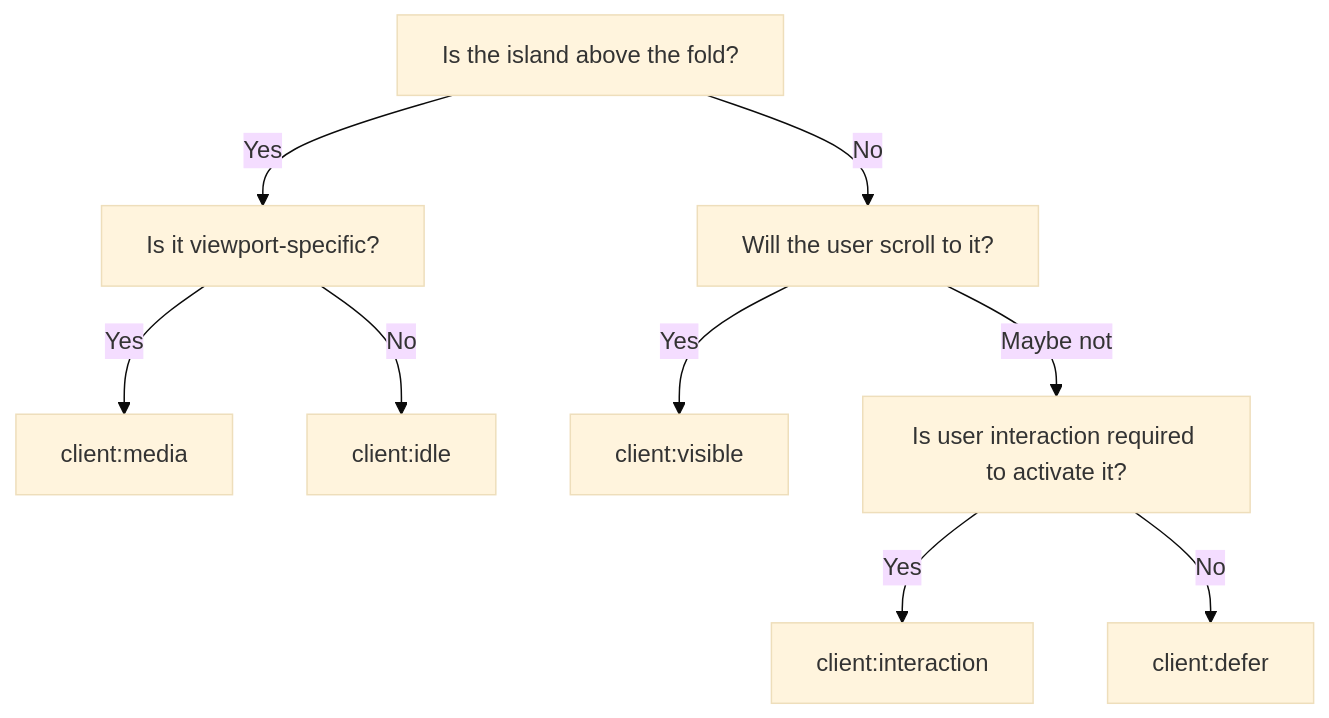
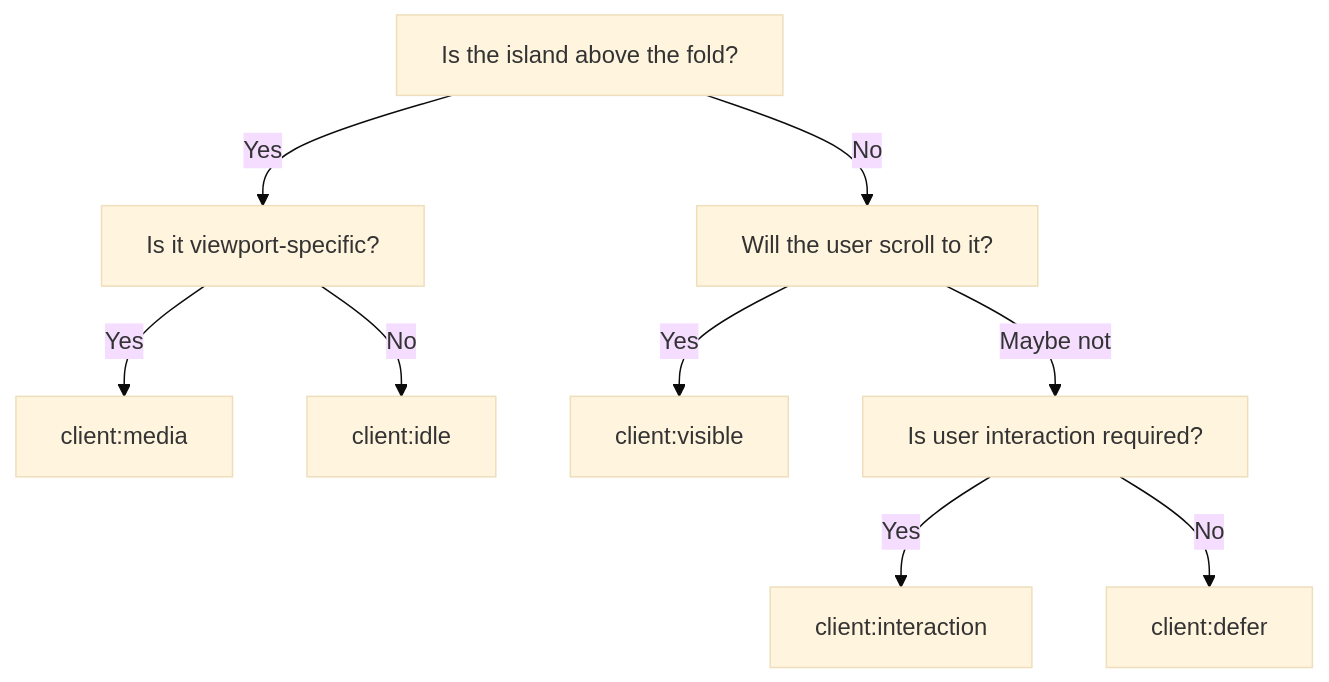
Before and after one commit to jonathanmoore/kona-theme: the diagram in docs/architecture/hydration-directives.md, drawn with Mermaid (base theme). The commit also changed other lines of this file and 34 other files, not shown here.

````diff
--- a/docs/architecture/hydration-directives.md
+++ b/docs/architecture/hydration-directives.md
@@ -113,11 +15,11 @@
 ```mermaid
 flowchart TD
     A["Is the island above the fold?"] -->|Yes| B["Is it viewport-specific?"]
     A -->|No| C["Will the user scroll to it?"]
     B -->|Yes| D["client:media"]
     B -->|No| E["client:idle"]
     C -->|Yes| F["client:visible"]
-    C -->|Maybe not| G["Is user interaction required to activate it?"]
+    C -->|Maybe not| G["Is user interaction required?"]
     G -->|Yes| H["client:interaction"]
     G -->|No| I["client:defer"]
 ```
````
